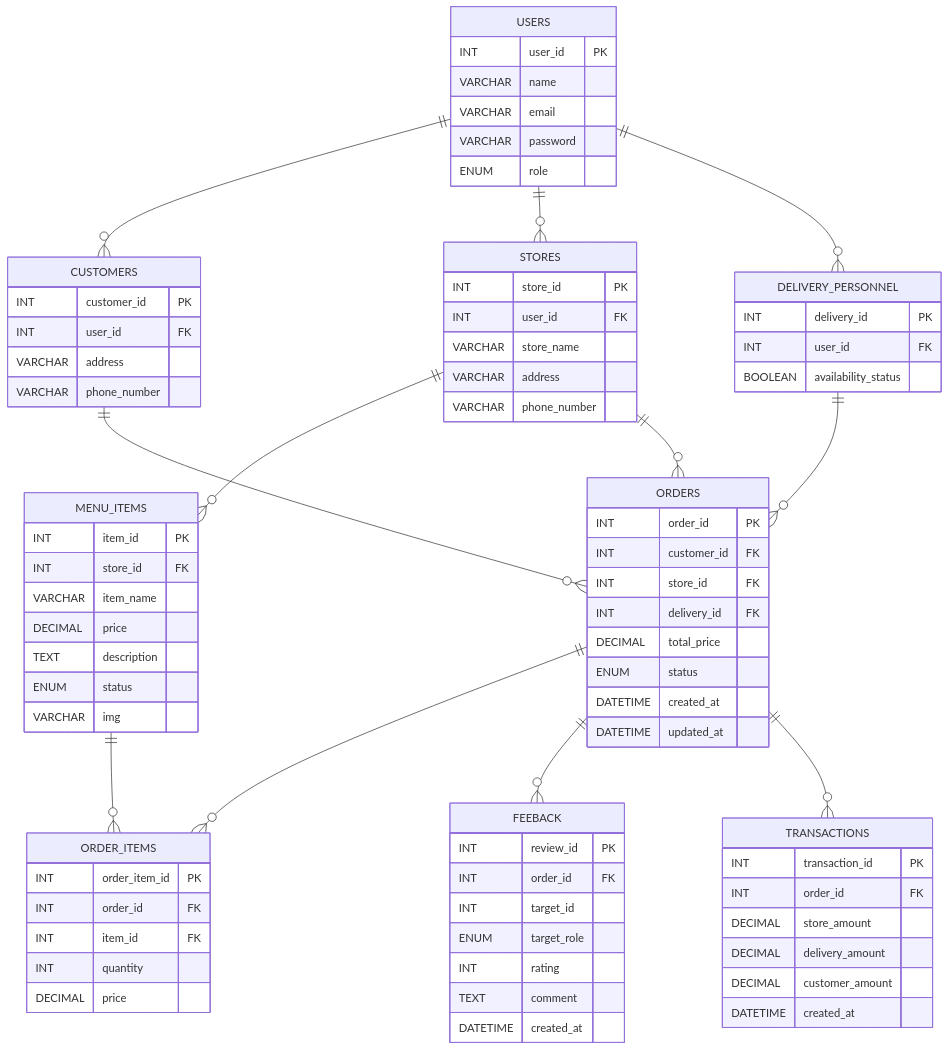
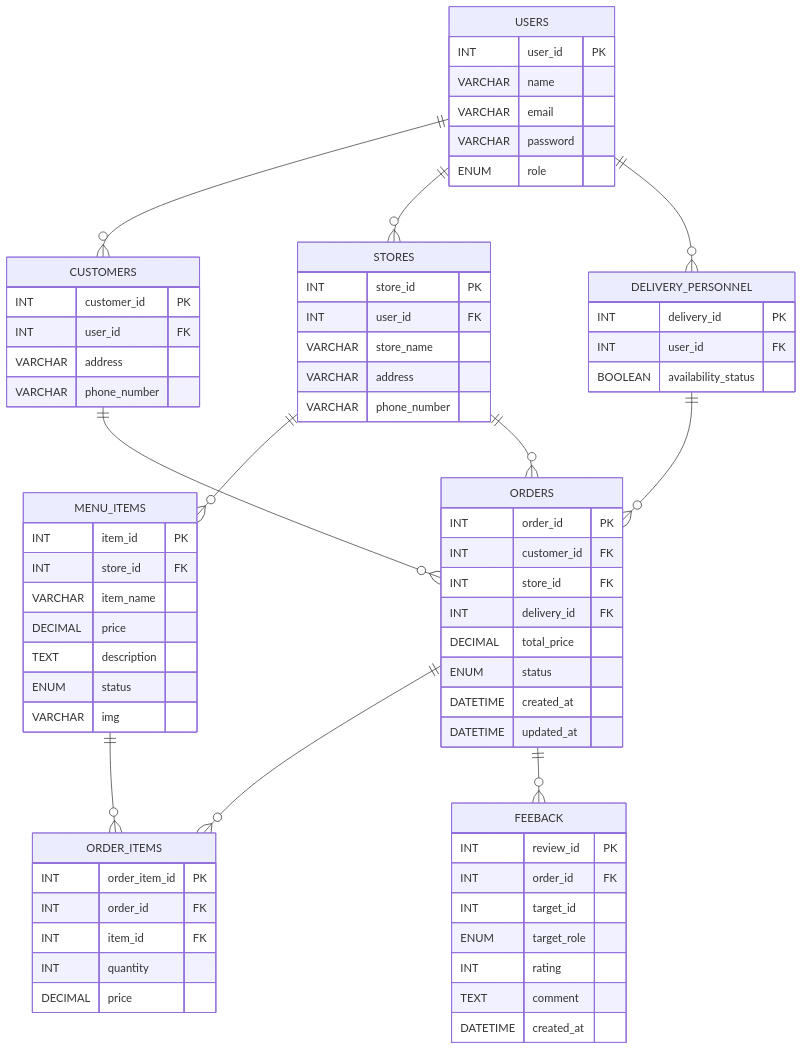
The diagram in README.md (dreamaker0224/FinalReport), drawn with Mermaid before and after one commit.

````diff
--- a/README.md
+++ b/README.md
@@ -80,14 +80,6 @@
         TEXT comment
         DATETIME created_at
     }
-    TRANSACTIONS {
-        INT transaction_id PK
-        INT order_id FK
-        DECIMAL store_amount
-        DECIMAL delivery_amount
-        DECIMAL customer_amount
-        DATETIME created_at
-    }
 
     USERS ||--o{ CUSTOMERS : ""
     USERS ||--o{ STORES : ""
@@ -99,6 +91,5 @@
     ORDERS ||--o{ ORDER_ITEMS : ""
     MENU_ITEMS ||--o{ ORDER_ITEMS : ""
     ORDERS ||--o{ FEEBACK : ""
-    ORDERS ||--o{ TRANSACTIONS : ""
 
 ```
````
